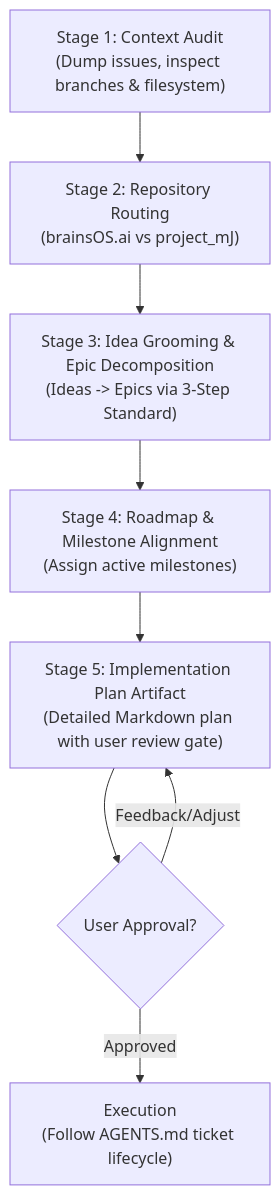
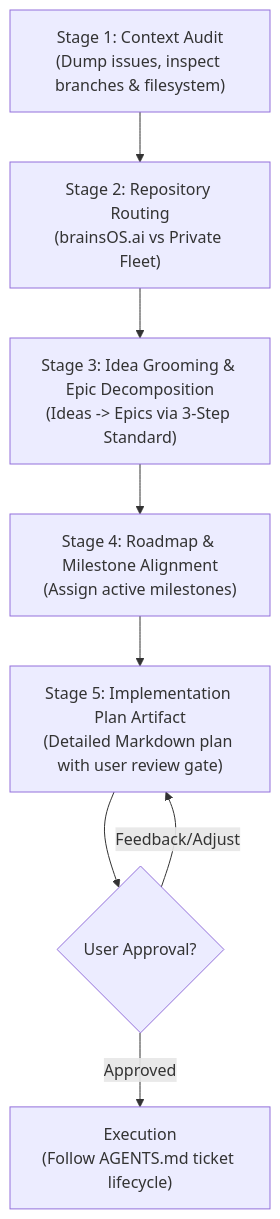
One commit to patternsatscale/brainsOS.ai changed the diagram in PLANNING.md. Above: the diagram before and after it, drawn with Mermaid. The commit also changed other lines of this file and 33 other files, not shown here.

````diff
--- a/PLANNING.md
+++ b/PLANNING.md
@@ -146,10 +146,10 @@
 ```mermaid
 flowchart TD
-    A["Stage 1: Context Audit\n(Dump issues, inspect branches & filesystem)"] --> B["Stage 2: Repository Routing\n(brainsOS.ai vs project_mJ)"]
+    A["Stage 1: Context Audit\n(Dump issues, inspect branches & filesystem)"] --> B["Stage 2: Repository Routing\n(brainsOS.ai vs Private Fleet)"]
     B --> C["Stage 3: Idea Grooming & Epic Decomposition\n(Ideas -> Epics via 3-Step Standard)"]
     C --> D["Stage 4: Roadmap & Milestone Alignment\n(Assign active milestones)"]
     D --> E["Stage 5: Implementation Plan Artifact\n(Detailed Markdown plan with user review gate)"]
     E --> F{"User Approval?"}
     F -->|Approved| G["Execution\n(Follow AGENTS.md ticket lifecycle)"]
     F -->|Feedback/Adjust| E
 ```
````
